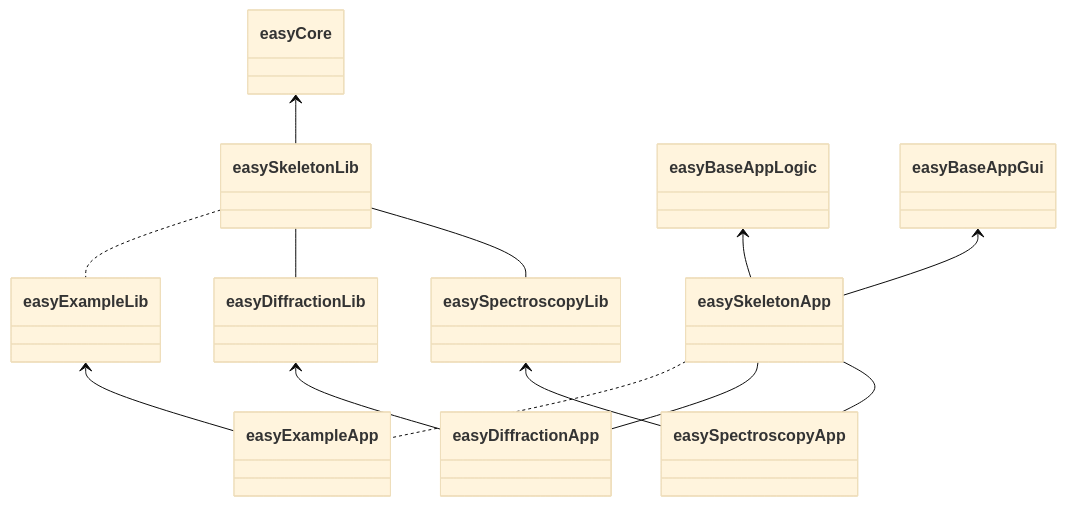
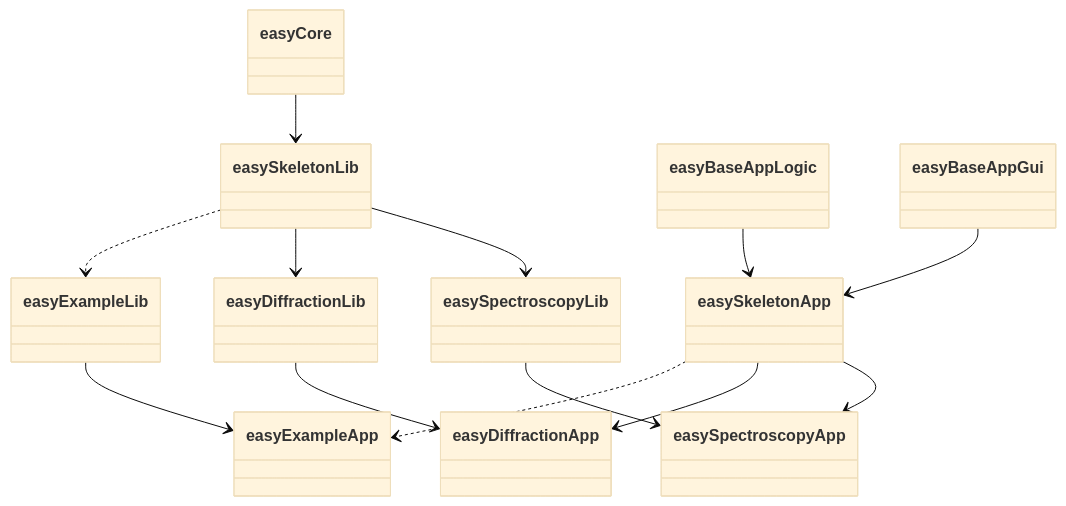
One commit to easyScience/easyScience changed the fourth of 6 diagrams in easyScience.md. Above: the diagram before and after it, drawn with Mermaid (base theme).

````diff
--- a/easyScience.md
+++ b/easyScience.md
@@ -70,18 +70,18 @@
 ```mermaid
 classDiagram
 
-easyCore <-- easySkeletonLib
-easySkeletonLib .. easyExampleLib
-easySkeletonLib -- easyDiffractionLib
-easySkeletonLib -- easySpectroscopyLib
+easyCore --> easySkeletonLib
+easySkeletonLib ..> easyExampleLib
+easySkeletonLib --> easyDiffractionLib
+easySkeletonLib --> easySpectroscopyLib
 
-easyBaseAppLogic <-- easySkeletonApp
-easyBaseAppGui <-- easySkeletonApp
-easySkeletonApp .. easyExampleApp
-easySkeletonApp -- easyDiffractionApp
-easySkeletonApp -- easySpectroscopyApp
+easyBaseAppLogic --> easySkeletonApp
+easyBaseAppGui --> easySkeletonApp
+easySkeletonApp ..> easyExampleApp
+easySkeletonApp --> easyDiffractionApp
+easySkeletonApp --> easySpectroscopyApp
 
-easyExampleLib <-- easyExampleApp
-easyDiffractionLib <-- easyDiffractionApp
-easySpectroscopyLib <-- easySpectroscopyApp
+easyExampleLib --> easyExampleApp
+easyDiffractionLib --> easyDiffractionApp
+easySpectroscopyLib --> easySpectroscopyApp
 ```
````
